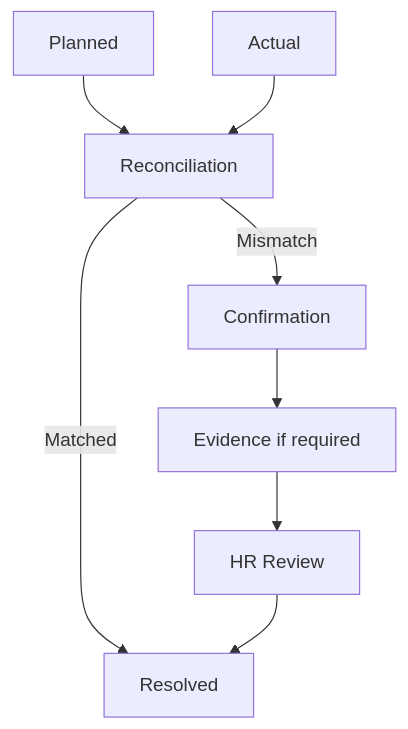
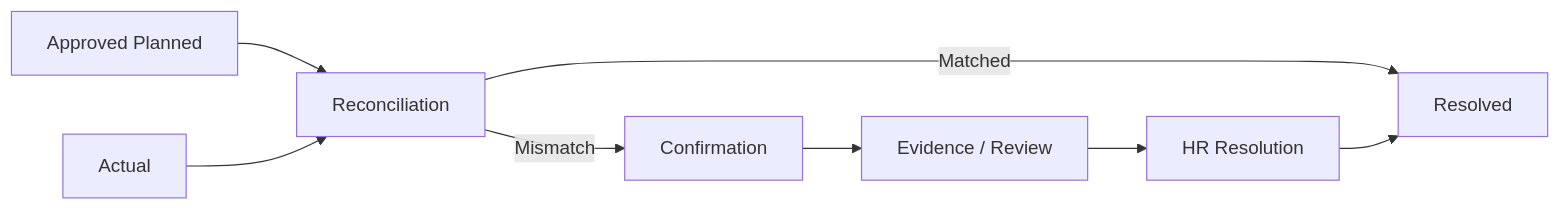
The diagram in MÔ HÌNH/DOCUMENTATION/06_FAQ.md (Nang0559/Reggister), drawn with Mermaid before and after one commit. The commit also changed other lines of this file and 256 other files, not shown here.

````diff
--- a/MÔ HÌNH/DOCUMENTATION/06_FAQ.md
+++ b/MÔ HÌNH/DOCUMENTATION/06_FAQ.md
@@ -61,10 +33,10 @@
 ```mermaid
-flowchart TD
-    P[Planned] --> R[Reconciliation]
+flowchart LR
+    P[Approved Planned] --> R[Reconciliation]
     A[Actual] --> R
     R -->|Matched| OK[Resolved]
     R -->|Mismatch| C[Confirmation]
-    C --> E[Evidence if required]
-    E --> H[HR Review]
+    C --> E[Evidence / Review]
+    E --> H[HR Resolution]
     H --> OK
 ```
````
